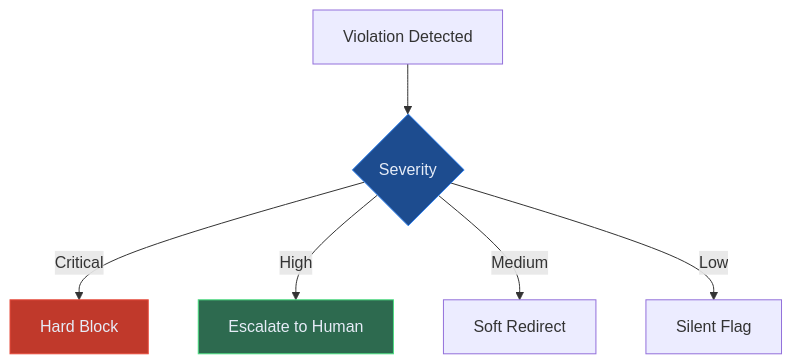
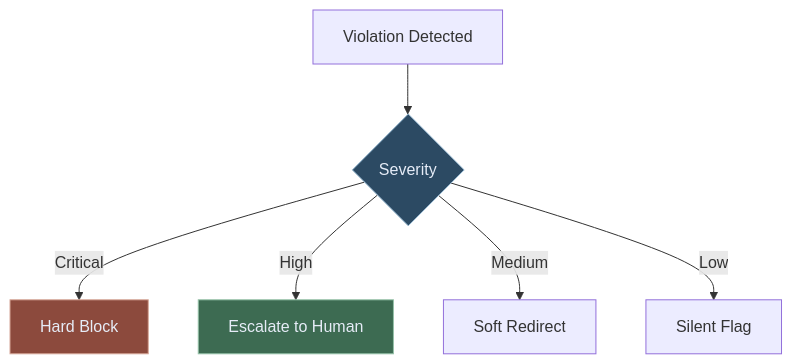
One commit to lorvexai/lorvexai changed the fifth of 5 diagrams in blog/guardrails-for-enterprise-ai.md. Above: the diagram before and after it, drawn with Mermaid. The commit also changed other lines of this file and 16 other files, not shown here.

First line of the commit message:
Retune hardcoded Mermaid node colors to match the site palette

````diff
--- a/blog/guardrails-for-enterprise-ai.md
+++ b/blog/guardrails-for-enterprise-ai.md
@@ -160,12 +160,12 @@
 ```mermaid
 flowchart TD
     V[Violation Detected] --> SE{Severity}
     SE -->|Critical| HB[Hard Block]
     SE -->|High| ES[Escalate to Human]
     SE -->|Medium| SR[Soft Redirect]
     SE -->|Low| SF[Silent Flag]
 
-    style SE fill:#1D4C8F,stroke:#2F80ED,color:#E6ECF7
-    style HB fill:#C0392B,stroke:#e74c3c,color:#E6ECF7
-    style ES fill:#2D6A4F,stroke:#4ade80,color:#E6ECF7
+    style SE fill:#2C4A63,stroke:#8FB2CC,color:#E6ECF7
+    style HB fill:#8C4A3D,stroke:#D6A697,color:#E6ECF7
+    style ES fill:#3D6B52,stroke:#95C2A8,color:#E6ECF7
 ```
````
